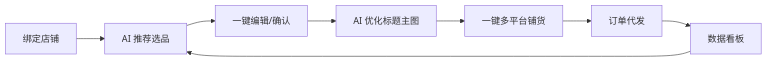
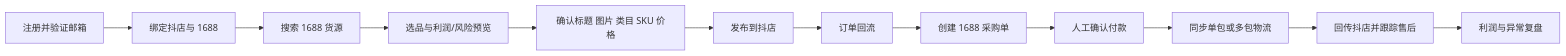
One commit to harzss/supplier changed the diagram in docs/02-prd-mvp.md. Above: the diagram before and after it, drawn with Mermaid. The commit also changed other lines of this file and 6 other files, not shown here.

Commit message:
docs: align roadmap with distribution product strategy

````diff
--- a/docs/02-prd-mvp.md
+++ b/docs/02-prd-mvp.md
@@ -16,10 +52,14 @@
 ```mermaid
 flowchart LR
-    A[绑定店铺] --> B[AI 推荐选品]
-    B --> C[一键编辑/确认]
-    C --> D[AI 优化标题主图]
-    D --> E[一键多平台铺货]
-    E --> F[订单代发]
-    F --> G[数据看板]
-    G --> B
+    A[注册并验证邮箱] --> B[绑定抖店与 1688]
+    B --> C[搜索 1688 货源]
+    C --> D[选品与利润/风险预览]
+    D --> E[确认标题 图片 类目 SKU 价格]
+    E --> F[发布到抖店]
+    F --> G[订单回流]
+    G --> H[创建 1688 采购单]
+    H --> I[人工确认付款]
+    I --> J[同步单包或多包物流]
+    J --> K[回传抖店并跟踪售后]
+    K --> L[利润与异常复盘]
 ```
````
